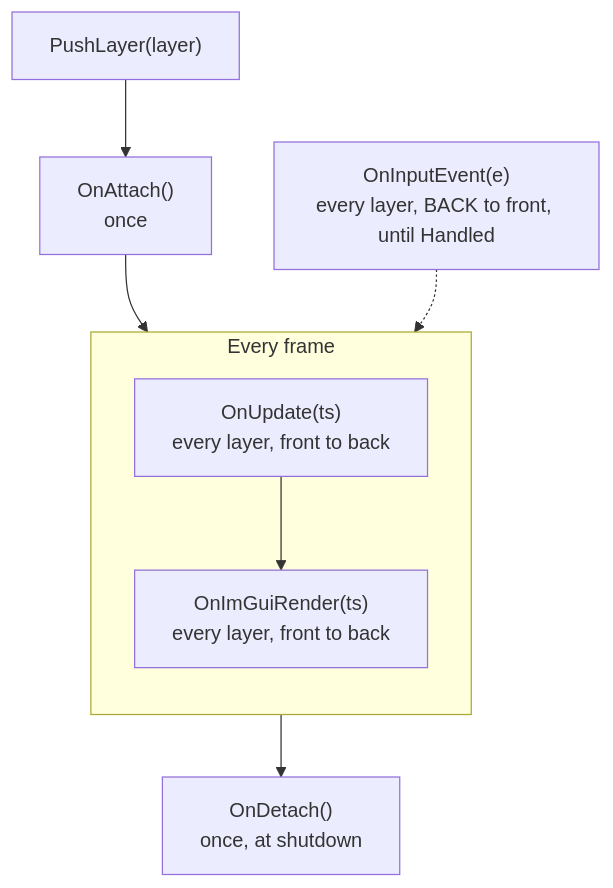
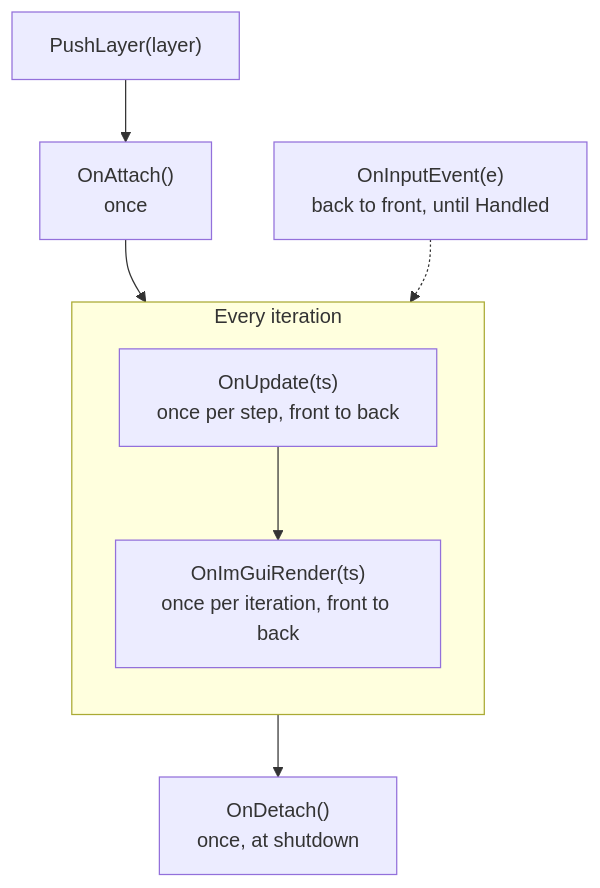
Before and after one commit to eldritch-codex/nodens: the diagram in docs/guide/layer-system.md, drawn with Mermaid. The commit also changed other lines of this file and 18 other files, not shown here.

````diff
--- a/docs/guide/layer-system.md
+++ b/docs/guide/layer-system.md
@@ -49,11 +49,11 @@
 ```mermaid
 flowchart TD
   P["PushLayer(layer)"] --> A["OnAttach()<br/>once"]
   A --> F
-  subgraph F["Every frame"]
+  subgraph F["Every iteration"]
     direction TB
-    U["OnUpdate(ts)<br/>every layer, front to back"] --> G["OnImGuiRender(ts)<br/>every layer, front to back"]
+    U["OnUpdate(ts)<br/>once per step, front to back"] --> G["OnImGuiRender(ts)<br/>once per iteration, front to back"]
   end
-  I["OnInputEvent(e)<br/>every layer, BACK to front, until Handled"] -.-> F
+  I["OnInputEvent(e)<br/>back to front, until Handled"] -.-> F
   F --> D["OnDetach()<br/>once, at shutdown"]
 ```
````
